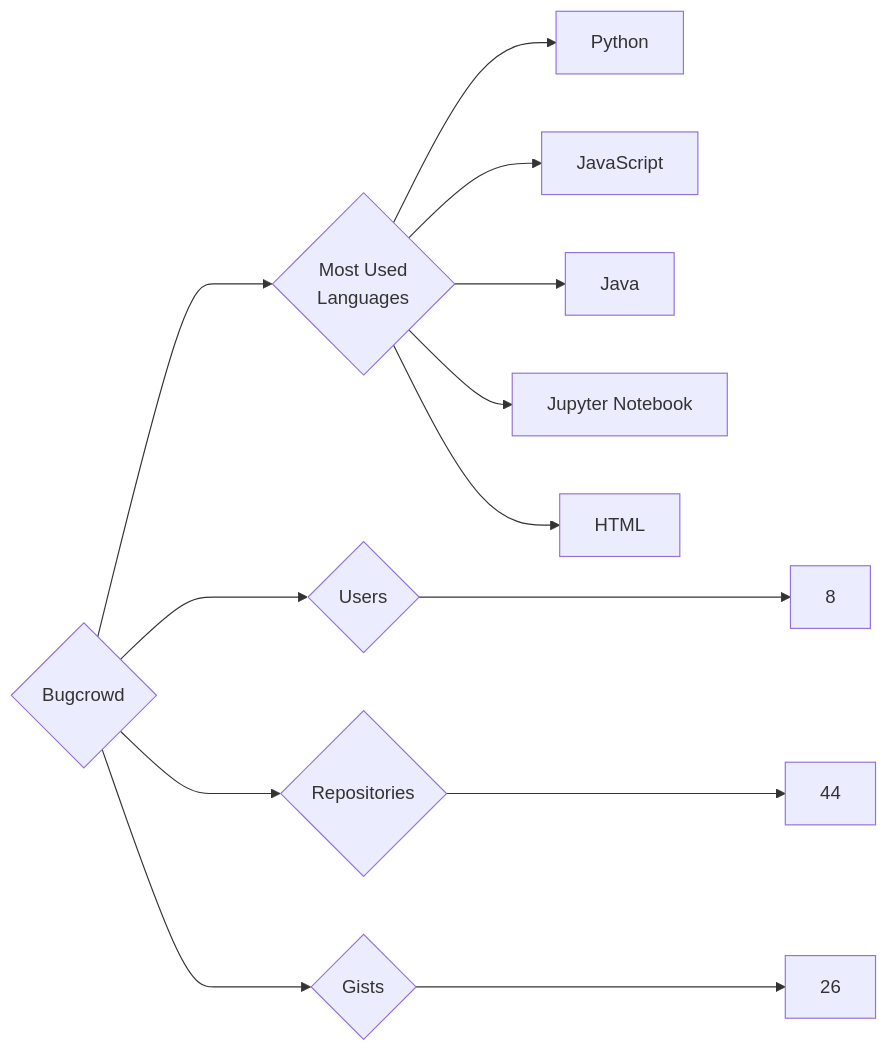
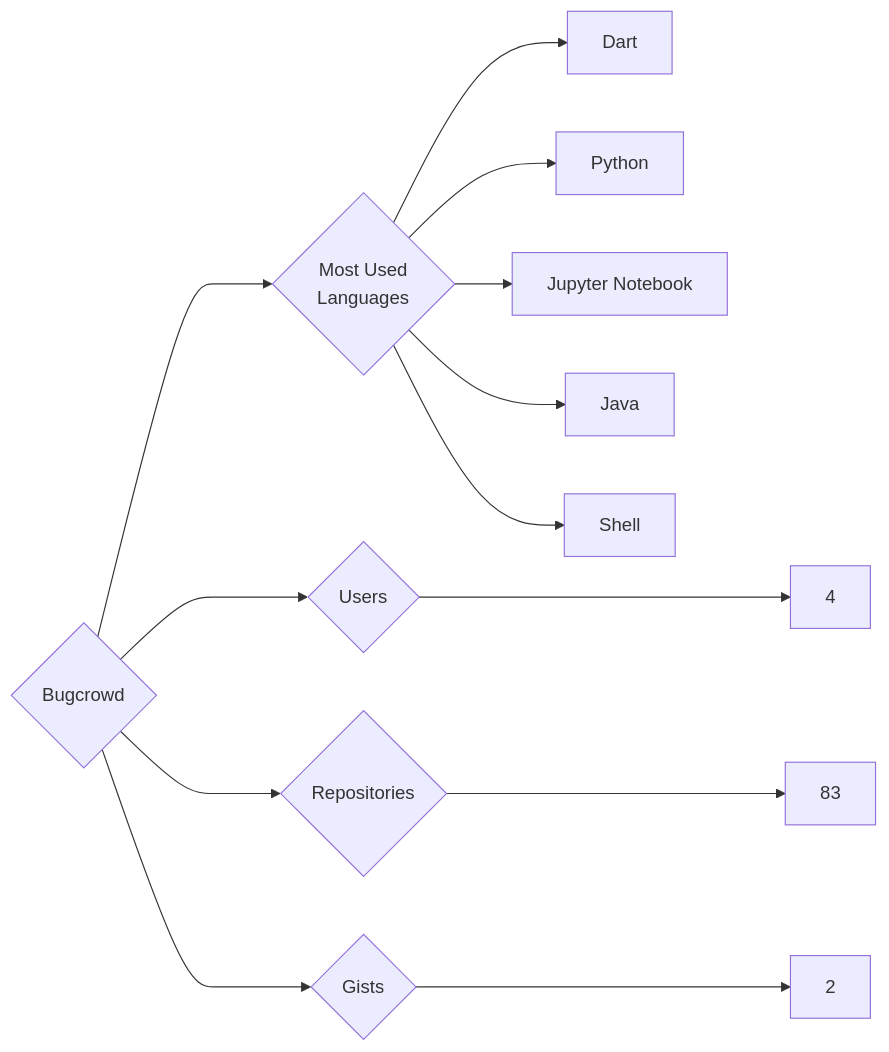
The diagram in targets/Bugcrowd/README.md (trickest/insiders), drawn with Mermaid before and after one commit. The commit also changed 1123 other files, not shown here.

````diff
--- a/targets/Bugcrowd/README.md
+++ b/targets/Bugcrowd/README.md
@@ -3,13 +3,13 @@
 ```mermaid
 graph LR
 COMPANY_NAME{Bugcrowd}
-COMPANY_NAME ---> U{Users} ---> UN[8]
-COMPANY_NAME ---> R{Repositories} ---> RN[44]
-COMPANY_NAME ---> G{Gists} ---> GN[26]
+COMPANY_NAME ---> U{Users} ---> UN[4]
+COMPANY_NAME ---> R{Repositories} ---> RN[83]
+COMPANY_NAME ---> G{Gists} ---> GN[2]
 COMPANY_NAME ---> ML{Most Used<br>Languages}
+ML --> Dart[Dart]
 ML --> Python[Python]
-ML --> JavaScript[JavaScript]
+ML --> Jupyter_Notebook[Jupyter Notebook]
 ML --> Java[Java]
-ML --> Jupyter_Notebook[Jupyter Notebook]
-ML --> HTML[HTML]
+ML --> Shell[Shell]
 ```
````
